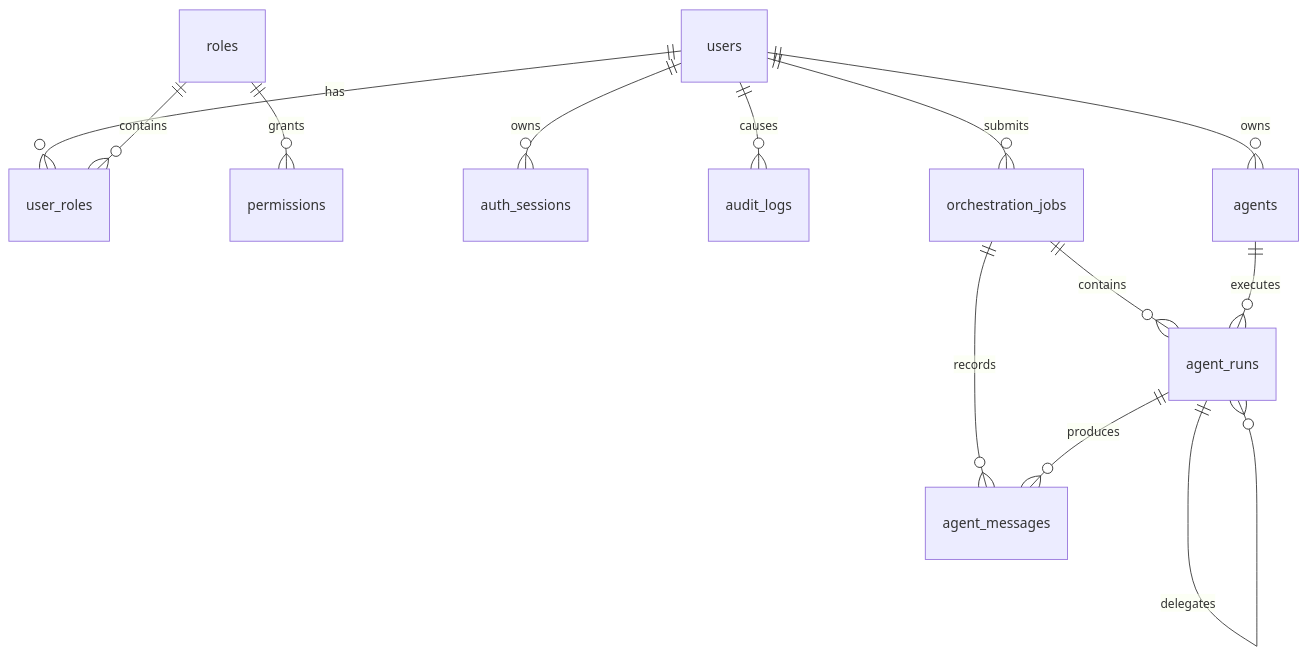
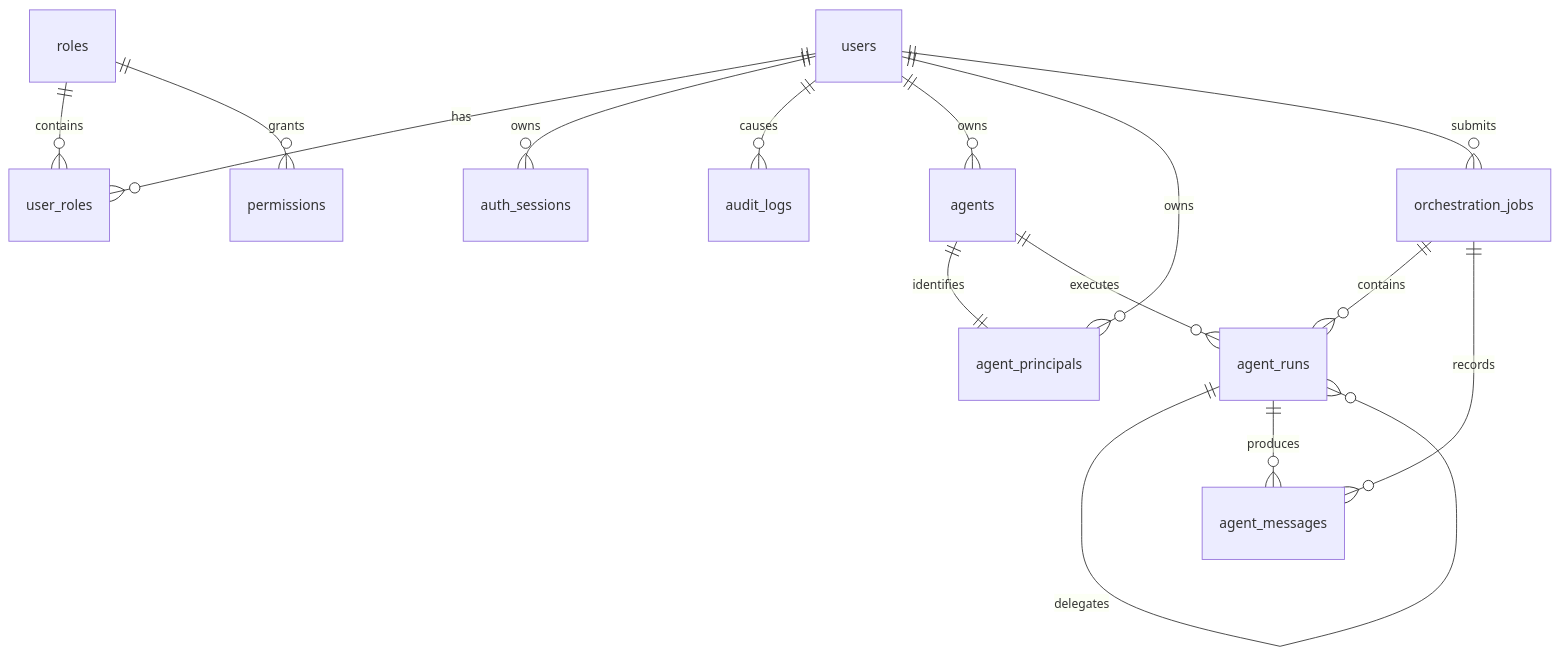
One commit to Zerius7733/tictac-techjam changed the diagram in MIDDLEWARE_DATABASE_SCHEMA.md. Above: the diagram before and after it, drawn with Mermaid. The commit also changed other lines of this file and 22 other files, not shown here.

First line of the commit message:
Add DB auth, agent principals, and UI auth

````diff
--- a/MIDDLEWARE_DATABASE_SCHEMA.md
+++ b/MIDDLEWARE_DATABASE_SCHEMA.md
@@ -82,15 +82,17 @@
 ```mermaid
 erDiagram
     users ||--o{ user_roles : has
     roles ||--o{ user_roles : contains
     roles ||--o{ permissions : grants
     users ||--o{ auth_sessions : owns
     users ||--o{ audit_logs : causes
     users ||--o{ agents : owns
+    users ||--o{ agent_principals : owns
+    agents ||--|| agent_principals : identifies
     users ||--o{ orchestration_jobs : submits
     orchestration_jobs ||--o{ agent_runs : contains
     agents ||--o{ agent_runs : executes
     agent_runs ||--o{ agent_runs : delegates
     orchestration_jobs ||--o{ agent_messages : records
     agent_runs ||--o{ agent_messages : produces
 ```
````
